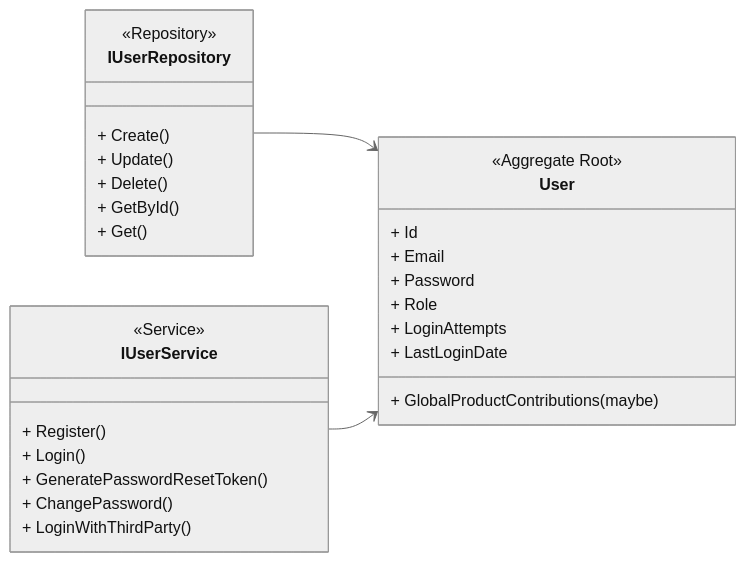
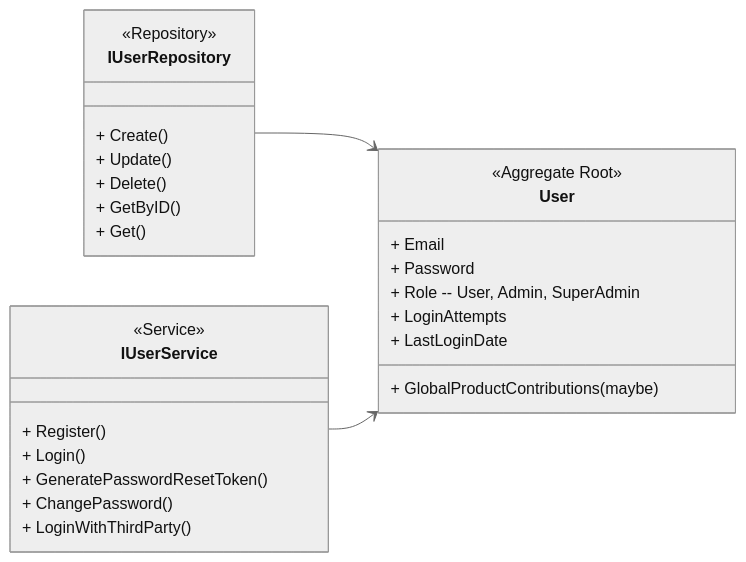
Before and after one commit to JoachimTislov/foodsavr: the third of 10 diagrams in docs/relations.md, drawn with Mermaid (neutral theme). The commit also changed other lines of this file and 4 other files, not shown here.

````diff
--- a/docs/relations.md
+++ b/docs/relations.md
@@ -37,36 +65,35 @@
 ```mermaid
 classDiagram
     direction LR
 
     class IUserRepository {
         <<Repository>>
         + Create()
         + Update()
         + Delete()
-        + GetById()
+        + GetByID()
         + Get()
     }
 
     class IUserService {
         <<Service>>
         + Register()
         + Login()
         + GeneratePasswordResetToken()
         + ChangePassword()
         + LoginWithThirdParty()
     }
 
     class User {
         <<Aggregate Root>>
-        + Id
         + Email
         + Password
-        + Role
+        + Role -- User, Admin, SuperAdmin
         + LoginAttempts
         + LastLoginDate
         + GlobalProductContributions (maybe)
     }
 
     IUserRepository --> User
     IUserService --> User
 ```
````
